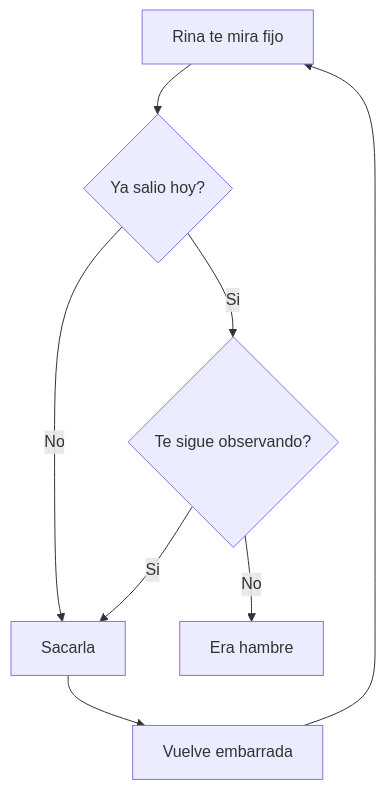
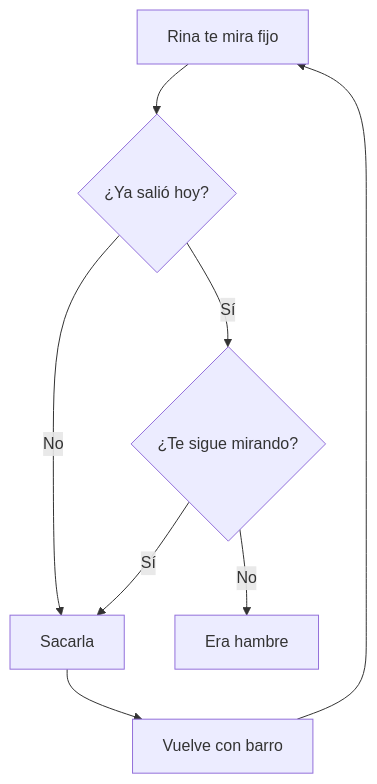
One commit to rgdevment/Tisty changed the diagram in app/src-tauri/resources/guide/es/codigo.md. Above: the diagram before and after it, drawn with Mermaid. The commit also changed other lines of this file and 7 other files, not shown here.

````diff
--- a/app/src-tauri/resources/guide/es/codigo.md
+++ b/app/src-tauri/resources/guide/es/codigo.md
@@ -19,10 +19,10 @@
 ```mermaid
 flowchart TD
-  A[Rina te mira fijo] --> B{Ya salio hoy?}
+  A[Rina te mira fijo] --> B{¿Ya salió hoy?}
   B -- No --> C[Sacarla]
-  B -- Si --> D{Te sigue observando?}
-  D -- Si --> C
+  B -- Sí --> D{¿Te sigue mirando?}
+  D -- Sí --> C
   D -- No --> E[Era hambre]
-  C --> F[Vuelve embarrada]
+  C --> F[Vuelve con barro]
   F --> A
 ```
````
